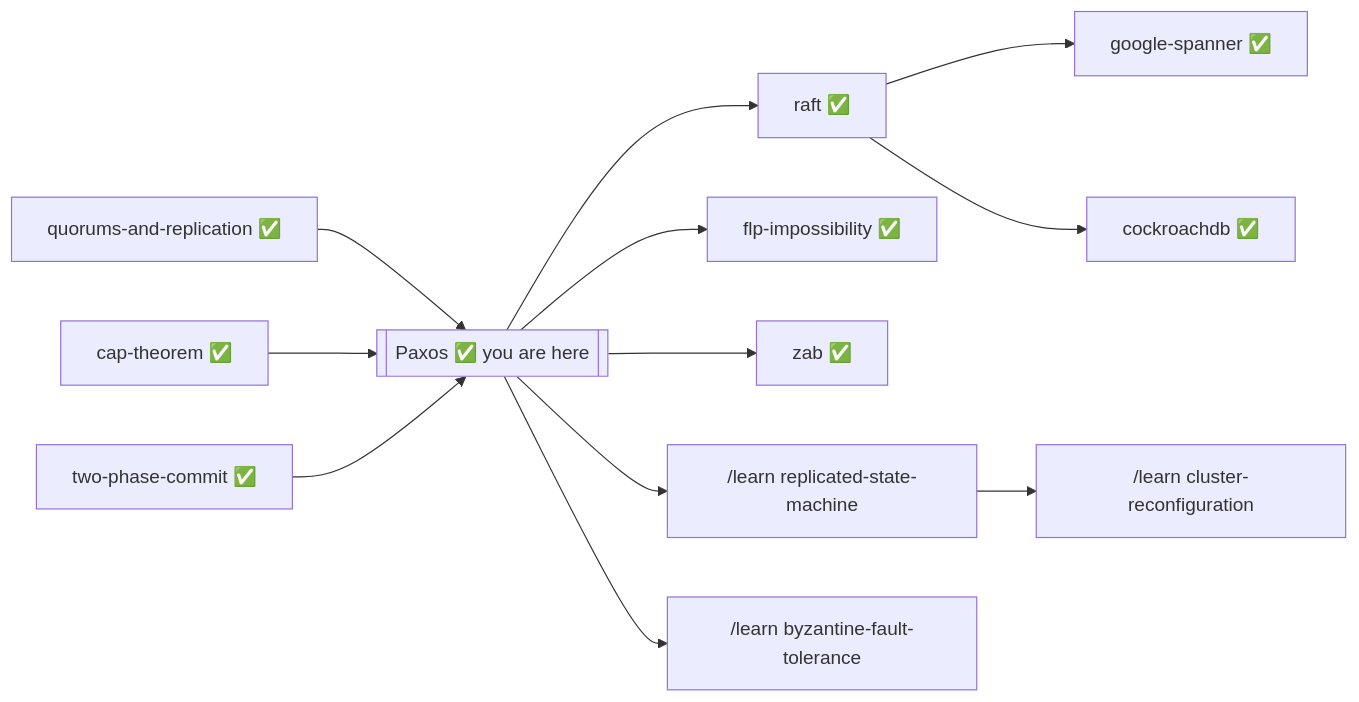
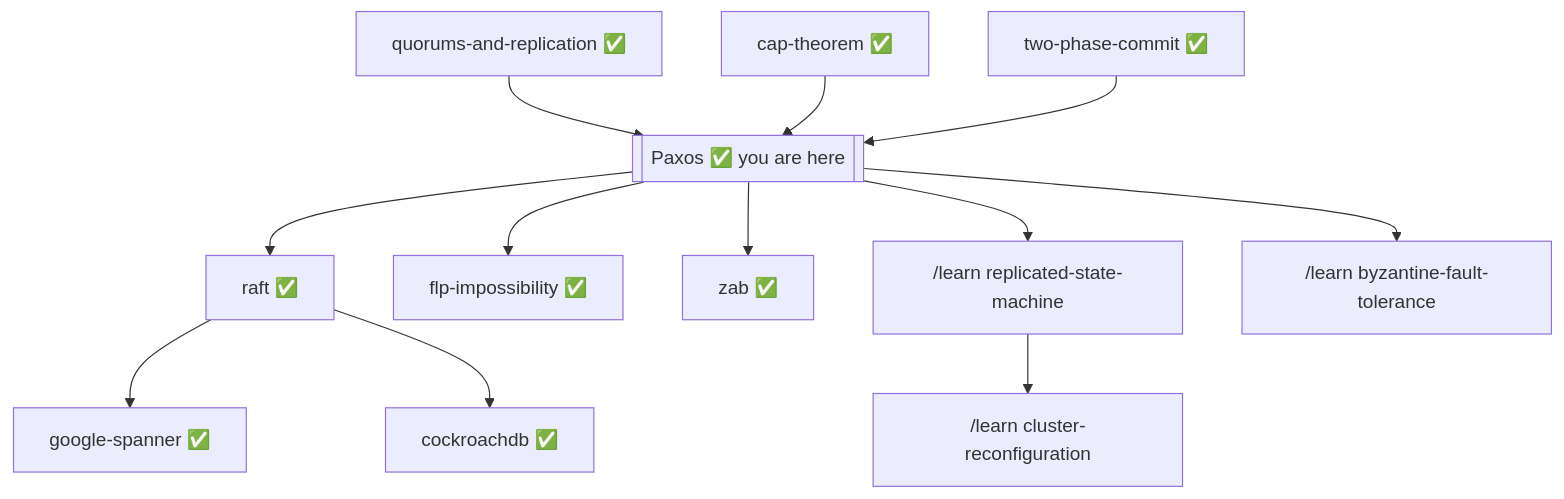
One commit to ravivarmachaluvadi/Learning changed the fourth of 4 diagrams in paxos/README.md. Above: the diagram before and after it, drawn with Mermaid. The commit also changed other lines of this file and 15 other files, not shown here.

````diff
--- a/paxos/README.md
+++ b/paxos/README.md
@@ -943,14 +1228,14 @@
 ```mermaid
-flowchart LR
+flowchart TD
     Q["quorums-and-replication ✅"] --> PAX
     CAP["cap-theorem ✅"] --> PAX
     TPC["two-phase-commit ✅"] --> PAX
     PAX[["Paxos ✅ you are here"]] --> RAFT["raft ✅"]
     PAX --> FLP["flp-impossibility ✅"]
     PAX --> ZAB["zab ✅"]
     RAFT --> SPAN["google-spanner ✅"]
     RAFT --> CRDB["cockroachdb ✅"]
     PAX --> RSM["/learn replicated-state-machine"]
     PAX --> BFT["/learn byzantine-fault-tolerance"]
     RSM --> RECON["/learn cluster-reconfiguration"]
 ```
````
